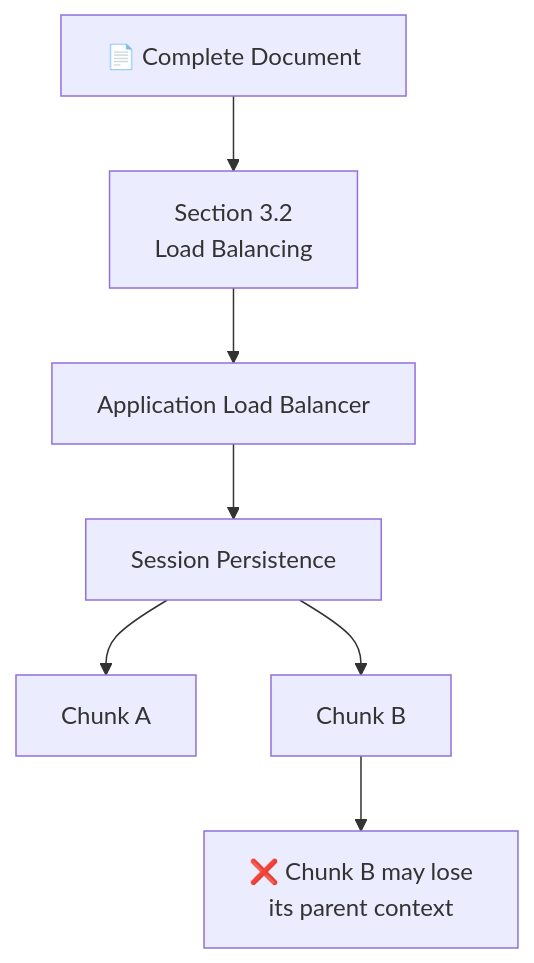
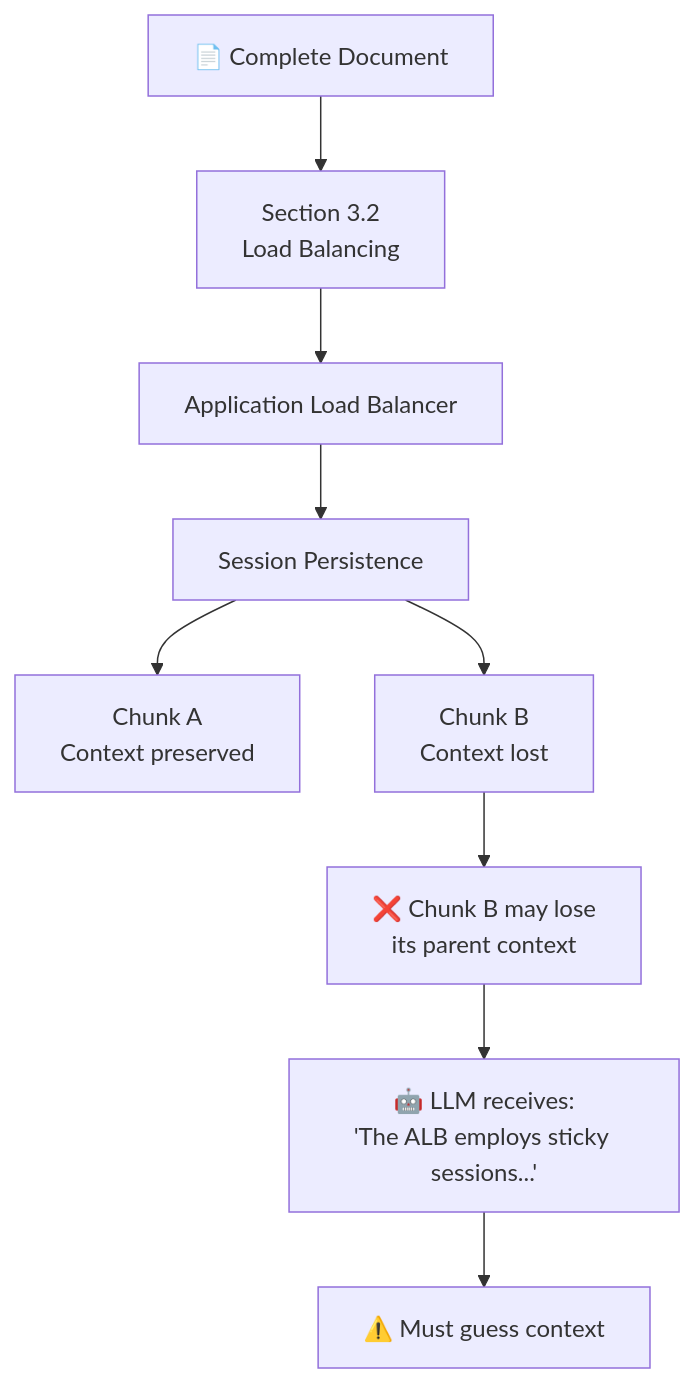
Before and after one commit to Amie-dev/FDE-and-GenAI-Mastery: the second of 14 diagrams in Lecture 18 - Vectorless RAG and LLM Wiki/notes/01_limitations_vector_rag_chunking.md, drawn with Mermaid. The commit also changed other lines of this file and 6 other files, not shown here.

````diff
--- a/Lecture 18 - Vectorless RAG and LLM Wiki/notes/01_limitations_vector_rag_chunking.md
+++ b/Lecture 18 - Vectorless RAG and LLM Wiki/notes/01_limitations_vector_rag_chunking.md
@@ -160,14 +221,17 @@
 ```mermaid
 flowchart TD
 
     DOC["📄 Complete Document"]
 
     DOC --> SEC["Section 3.2<br/>Load Balancing"]
     SEC --> SUB["Application Load Balancer"]
     SUB --> TOPIC["Session Persistence"]
 
-    TOPIC --> C1["Chunk A"]
-    TOPIC --> C2["Chunk B"]
+    TOPIC --> C1["Chunk A<br/>Context preserved"]
+    TOPIC --> C2["Chunk B<br/>Context lost"]
 
     C2 --> PROBLEM["❌ Chunk B may lose<br/>its parent context"]
+
+    PROBLEM --> LLM["🤖 LLM receives:<br/>'The ALB employs sticky sessions...'"]
+    LLM --> GUESS["⚠️ Must guess context"]
 ```
````
